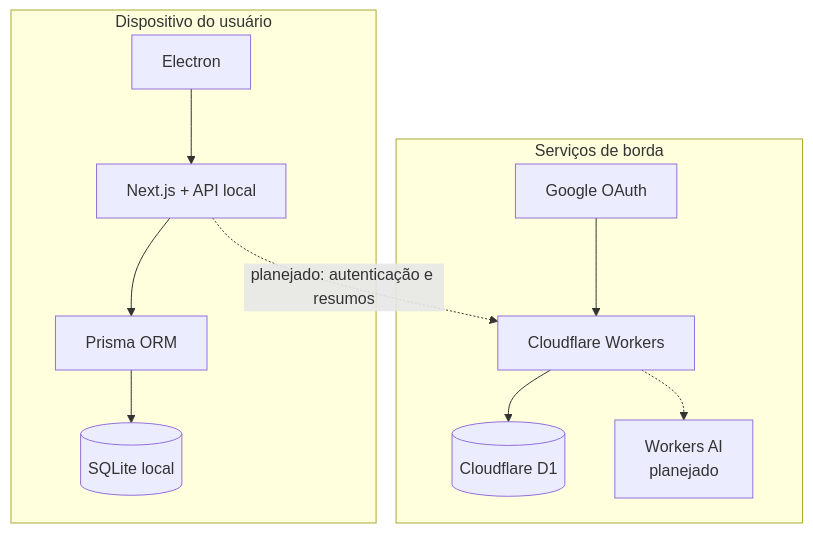
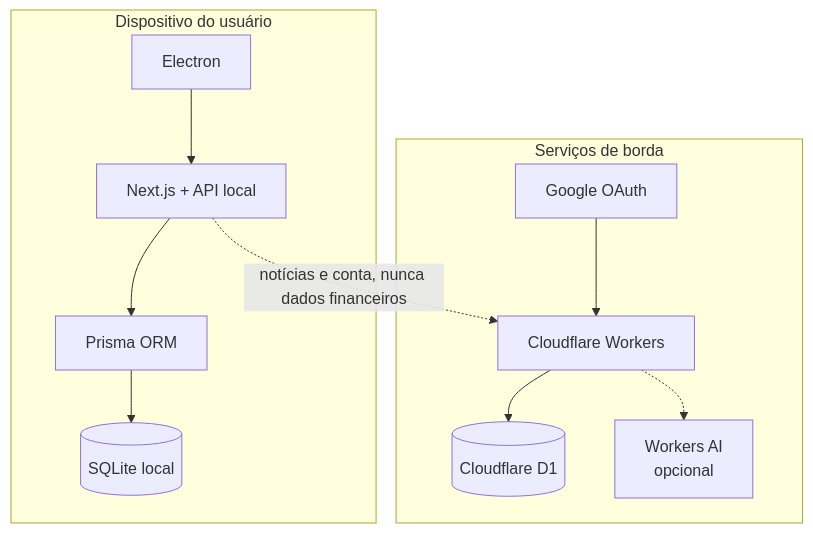
Before and after one commit to luizfelipe-pacifico/talentum: the third of 3 diagrams in README.md, drawn with Mermaid. The commit also changed other lines of this file and 411 other files, not shown here.

````diff
--- a/README.md
+++ b/README.md
@@ -92,21 +93,21 @@
 ```mermaid
 flowchart TB
     subgraph Dispositivo[Dispositivo do usuário]
         E[Electron]
         N[Next.js + API local]
         P[Prisma ORM]
         S[(SQLite local)]
         E --> N --> P --> S
     end
 
     subgraph Nuvem[Serviços de borda]
         O[Google OAuth]
         W[Cloudflare Workers]
         D[(Cloudflare D1)]
-        AI[Workers AI<br/>planejado]
+        AI[Workers AI<br/>opcional]
         O --> W --> D
         W -.-> AI
     end
 
-    N -. planejado: autenticação e resumos .-> W
+    N -. notícias e conta, nunca dados financeiros .-> W
 ```
````
